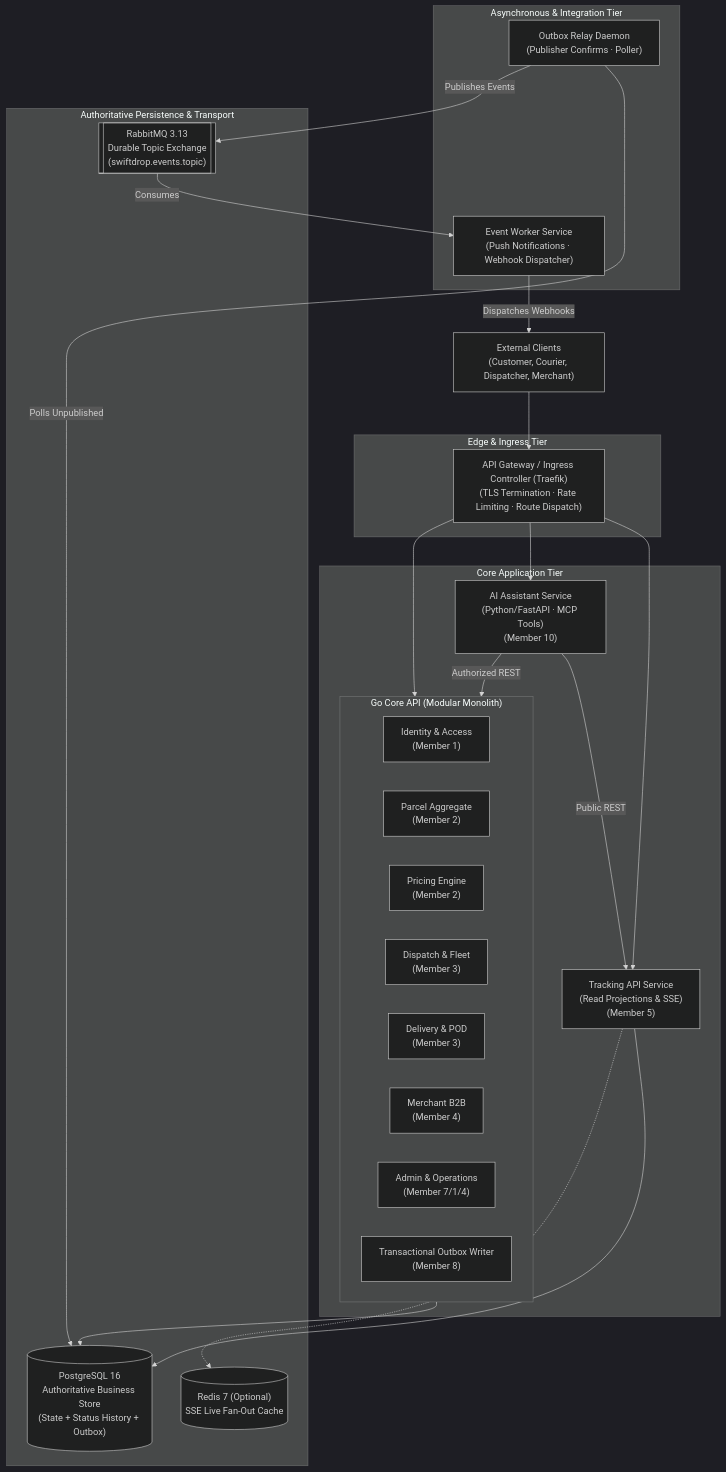
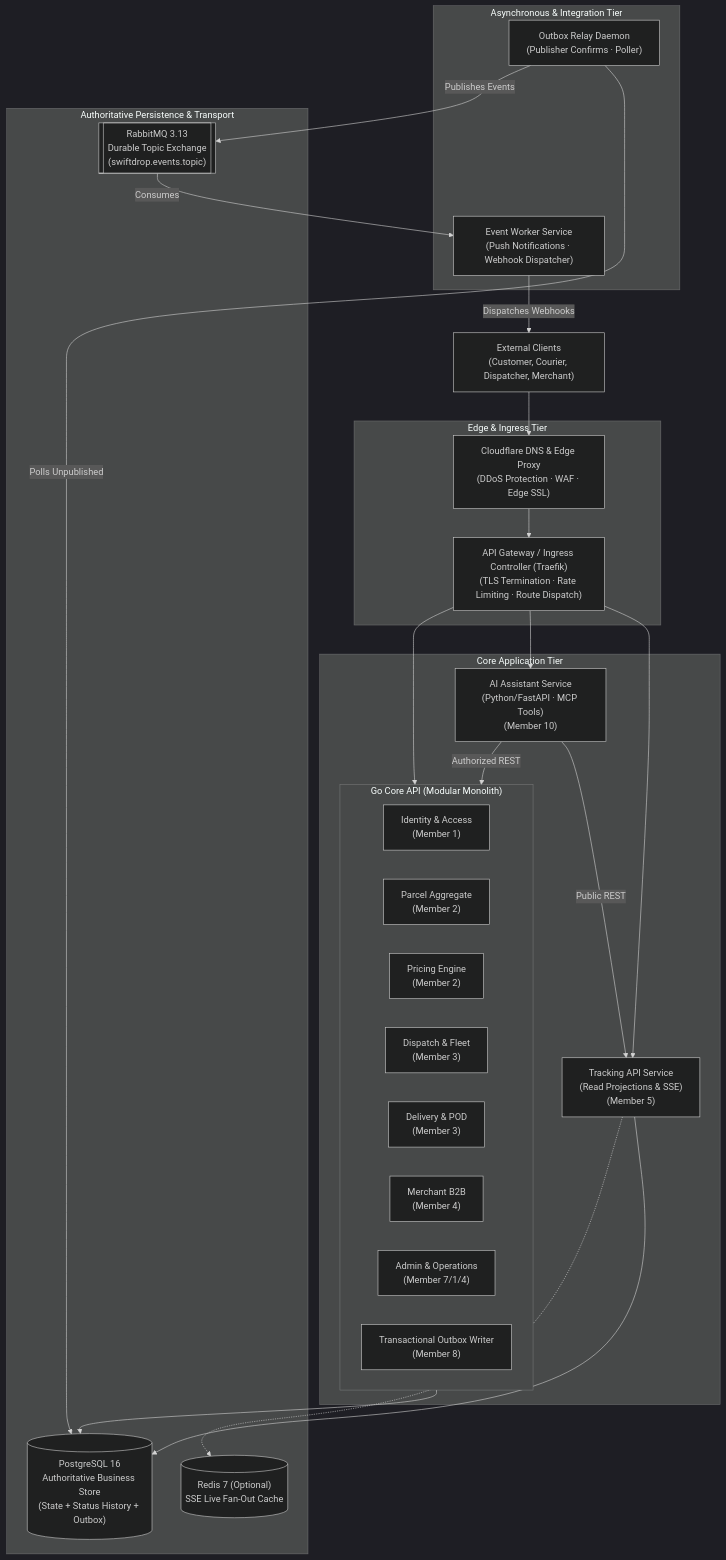
The first of 2 diagrams in README.md (Prashani-beep/SwiftDrop), drawn with Mermaid (dark theme) before and after one commit. The commit also changed other lines of this file and 6 other files, not shown here.

First line of the commit message:
feat(infra): establish Kubernetes & hosting architecture baseline (ADR-002) and Cloudflare edge integration

````diff
--- a/README.md
+++ b/README.md
@@ -56,51 +56,53 @@
 ```mermaid
 flowchart TD
     ClientEdge["External Clients\n(Customer, Courier, Dispatcher, Merchant)"]
     
     subgraph EdgeTier ["Edge & Ingress Tier"]
+        CF["Cloudflare DNS & Edge Proxy\n(DDoS Protection · WAF · Edge SSL)"]
         GW["API Gateway / Ingress Controller (Traefik)\n(TLS Termination · Rate Limiting · Route Dispatch)"]
+        CF --> GW
     end
 
     subgraph CoreTier ["Core Application Tier"]
         subgraph ModularMonolith ["Go Core API (Modular Monolith)"]
             IAM["Identity & Access\n(Member 1)"]
             PAR["Parcel Aggregate\n(Member 2)"]
             PRC["Pricing Engine\n(Member 2)"]
             DSP["Dispatch & Fleet\n(Member 3)"]
             DEL["Delivery & POD\n(Member 3)"]
             MRC["Merchant B2B\n(Member 4)"]
             ADM["Admin & Operations\n(Member 7/1/4)"]
             EVT["Transactional Outbox Writer\n(Member 8)"]
         end
         
         TRK["Tracking API Service\n(Read Projections & SSE)\n(Member 5)"]
         AIA["AI Assistant Service\n(Python/FastAPI · MCP Tools)\n(Member 10)"]
     end
 
     subgraph AsyncTier ["Asynchronous & Integration Tier"]
         OBR["Outbox Relay Daemon\n(Publisher Confirms · Poller)"]
         WKR["Event Worker Service\n(Push Notifications · Webhook Dispatcher)"]
     end
 
     subgraph DataTier ["Authoritative Persistence & Transport"]
         PG[("PostgreSQL 16\nAuthoritative Business Store\n(State + Status History + Outbox)")]
         MQ[["RabbitMQ 3.13\nDurable Topic Exchange\n(swiftdrop.events.topic)"]]
         RD[("Redis 7 (Optional)\nSSE Live Fan-Out Cache")]
     end
 
-    ClientEdge --> GW
+    ClientEdge --> CF
     GW --> ModularMonolith
     GW --> TRK
     GW --> AIA
 
     ModularMonolith --> PG
     TRK --> PG
     TRK -.-> RD
     AIA -->|Authorized REST| ModularMonolith
     AIA -->|Public REST| TRK
 
     OBR -->|Polls Unpublished| PG
     OBR -->|Publishes Events| MQ
     MQ -->|Consumes| WKR
     WKR -->|Dispatches Webhooks| ClientEdge
 ```
````
